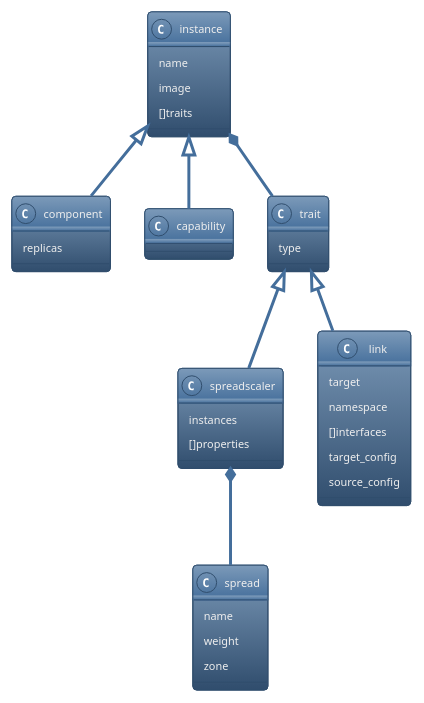
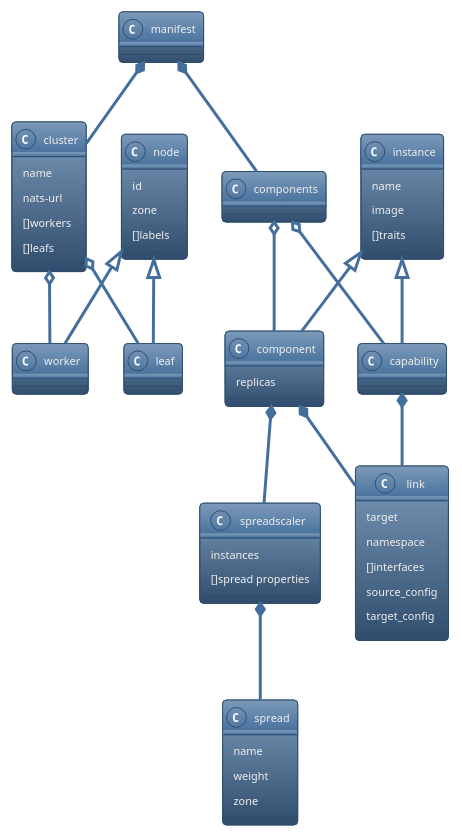
The diagram in README.org (gandalf-the-white/togusa), drawn with PlantUML before and after one commit. The commit also changed 5 other files, not shown here.

```diff
--- a/README.org
+++ b/README.org
@@ -8,25 +8,46 @@
 #+begin_src plantuml :file ./images/diagram.svg
 !theme spacelab
 scale 0.8
+manifest *-- cluster
+manifest *-- components
+components o-- component
+components o-- capability
 instance <|-- component
 instance <|-- capability
-instance *-- trait
-trait <|-- spreadscaler
-trait <|-- link
+component *-- spreadscaler
+component *-- link
+capability *-- link
 spreadscaler *-- spread
+node <|-- worker
+node <|-- leaf
+cluster o-- worker
+cluster o-- leaf
+
+node : id
+node : zone
+node : []labels
+
+cluster : name
+cluster : nats-url
+cluster : []workers
+cluster : []leafs
+
 instance : name
 instance : image
 instance : []traits
-trait : type
+
+component : replicas
+
+spreadscaler : instances
+spreadscaler : []spread properties
+
 spread : name
 spread : weight
 spread : zone
-component : replicas
-spreadscaler : instances
-spreadscaler : []properties
+
 link : target
 link : namespace
 link : []interfaces
+link : source_config
 link : target_config
-link : source_config
 #+end_src
```
